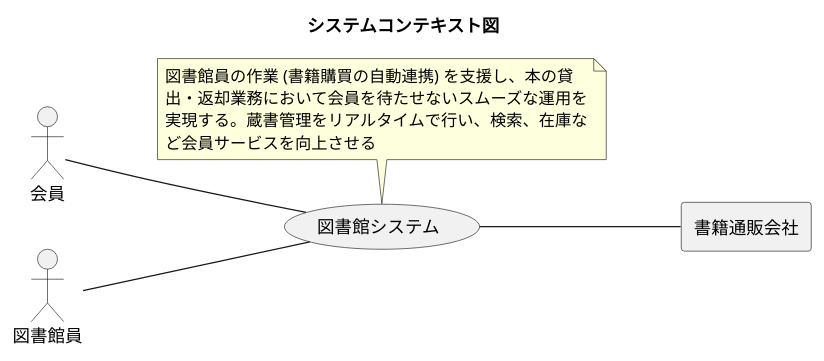
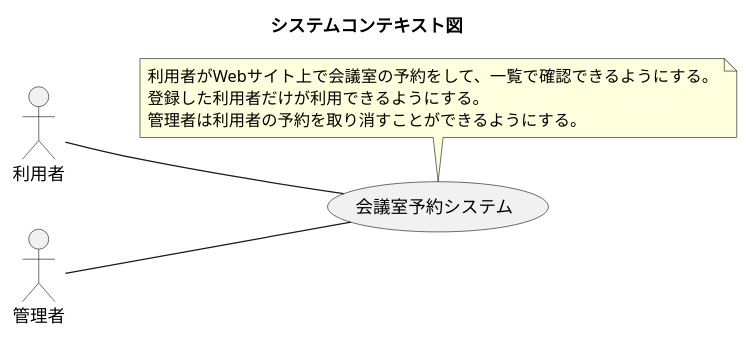
Before and after one commit to k2works/case-study-mrs: the first of 15 diagrams in docs/index.adoc, drawn with PlantUML. The commit also changed other lines of this file, not shown here.

```diff
--- a/docs/index.adoc
+++ b/docs/index.adoc
@@ -28,27 +28,23 @@
 [plantuml]
 ----
 @startuml
 
 title システムコンテキスト図
 
 left to right direction
 
-actor 会員
-actor 図書館員
+actor 利用者 as ac_01
+actor 管理者 as ac_02
 
-agent 書籍通販会社
-
-usecase 図書館システム
-note top of 図書館システム
-  図書館員の作業 (書籍購買の自動連携) を支援し、本の貸
-  出・返却業務において会員を待たせないスムーズな運用を
-  実現する。蔵書管理をリアルタイムで行い、検索、在庫な
-  ど会員サービスを向上させる
+usecase 会議室予約システム as uc_01
+note top of uc_01
+  利用者がWebサイト上で会議室の予約をして、一覧で確認できるようにする。
+  登録した利用者だけが利用できるようにする。
+  管理者は利用者の予約を取り消すことができるようにする。
 end note
 
-:会員: -- (図書館システム)
-:図書館員: -- (図書館システム)
-(図書館システム) -- 書籍通販会社
+ac_01 -- (uc_01)
+ac_02 -- (uc_01)
 
 @enduml
 ----
```
